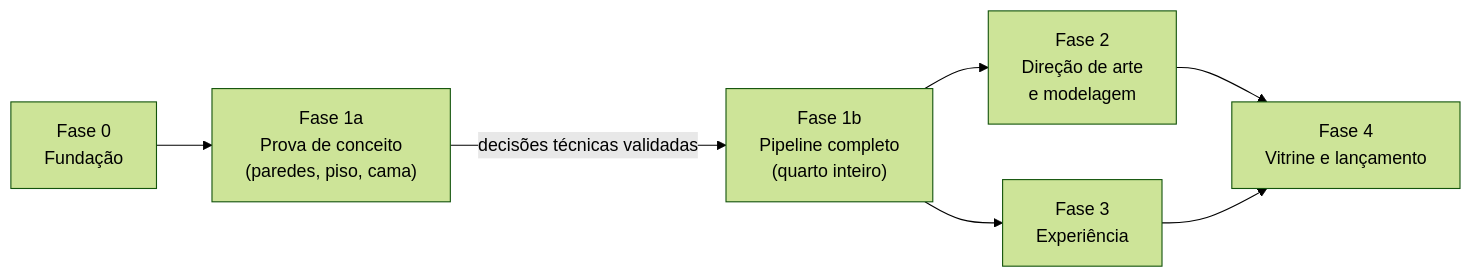
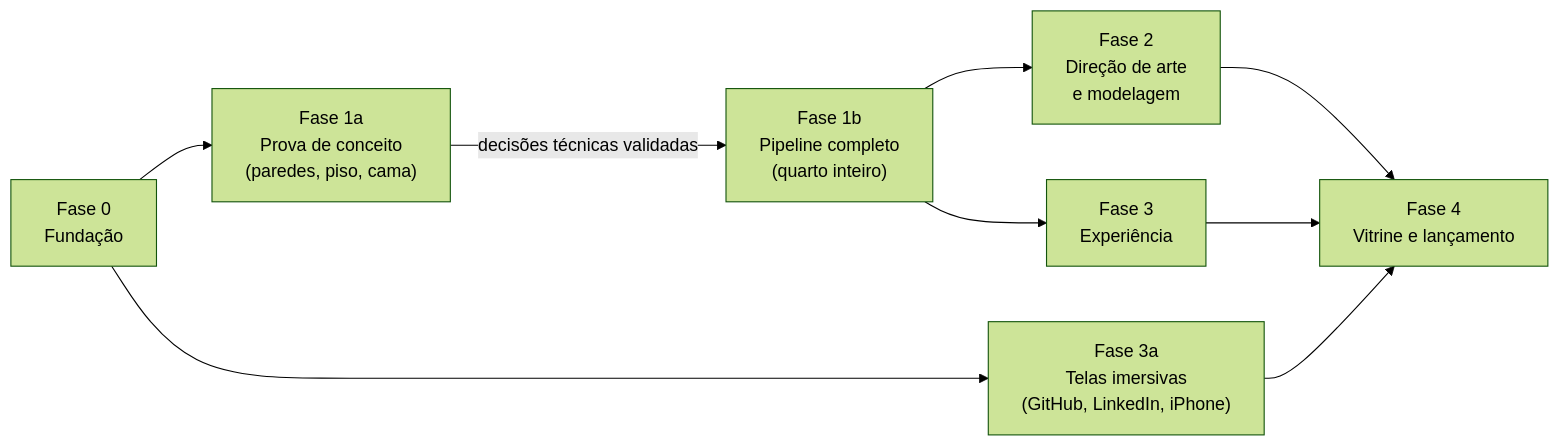
The diagram in docs/plano/README.md (Danielolv14/portfolio-3d), drawn with Mermaid (forest theme) before and after one commit. The commit also changed other lines of this file and 7 other files, not shown here.

Commit message:
docs: ideias do Daniel no plano (telas GitHub/LinkedIn/iPhone, estante Sobre mim, janela viva, auditoria de modelagem)

````diff
--- a/docs/plano/README.md
+++ b/docs/plano/README.md
@@ -77,9 +83,11 @@
 ```mermaid
 flowchart LR
     F0["Fase 0<br/>Fundação"] --> F1a["Fase 1a<br/>Prova de conceito<br/>(paredes, piso, cama)"]
     F1a -->|"decisões técnicas validadas"| F1b["Fase 1b<br/>Pipeline completo<br/>(quarto inteiro)"]
     F1b --> F2["Fase 2<br/>Direção de arte<br/>e modelagem"]
     F1b --> F3["Fase 3<br/>Experiência"]
+    F0 --> F3a["Fase 3a<br/>Telas imersivas<br/>(GitHub, LinkedIn, iPhone)"]
     F2 --> F4["Fase 4<br/>Vitrine e lançamento"]
     F3 --> F4
+    F3a --> F4
 ```
````
